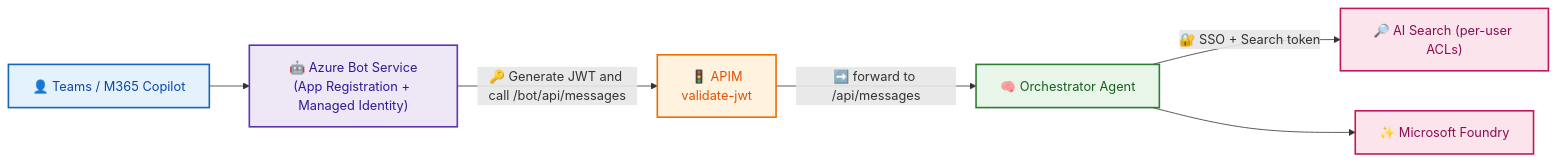
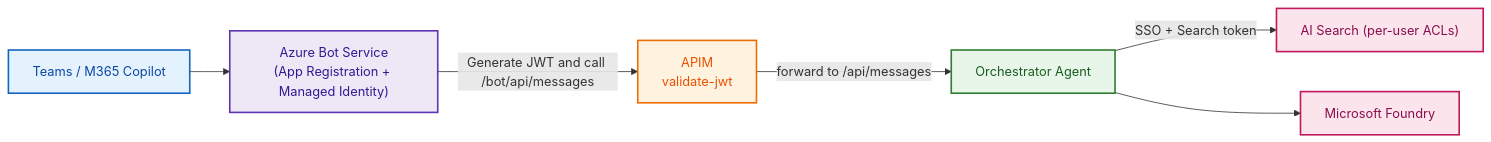
The first of 3 diagrams in README.md (Azure-Samples/bring-your-own-agent-to-m365-accelerator), drawn with Mermaid before and after one commit. The commit also changed other lines of this file, not shown here.

Commit message:
docs(readme): black borders on sequence diagram + separate Teams app id step

````diff
--- a/README.md
+++ b/README.md
@@ -11,20 +11,20 @@
 ```mermaid
 flowchart LR
-    User["👤 Teams / M365 Copilot"] --> Bot["🤖 Azure Bot Service<br/>(App Registration + Managed Identity)"]
-    Bot -->|"🔑 Generate JWT and call /bot/api/messages"| APIM["🚦 APIM<br/>validate-jwt"]
-    APIM -->|"➡️ forward to /api/messages"| App["🧠 Orchestrator Agent"]
-    App -->|"🔐 SSO + Search token"| Search["🔎 AI Search (per-user ACLs)"]
-    App --> Foundry["✨ Microsoft Foundry"]
+    User["Teams / M365 Copilot"] --> Bot["Azure Bot Service<br/>(App Registration + Managed Identity)"]
+    Bot -->|"Generate JWT and call /bot/api/messages"| APIM["APIM<br/>validate-jwt"]
+    APIM -->|"forward to /api/messages"| App["Orchestrator Agent"]
+    App -->|"SSO + Search token"| Search["AI Search (per-user ACLs)"]
+    App --> Foundry["Microsoft Foundry"]
 
     classDef client fill:#E3F2FD,stroke:#1565C0,stroke-width:2px,color:#0D47A1;
     classDef bot fill:#EDE7F6,stroke:#5E35B1,stroke-width:2px,color:#311B92;
     classDef gateway fill:#FFF3E0,stroke:#EF6C00,stroke-width:2px,color:#E65100;
     classDef app fill:#E8F5E9,stroke:#2E7D32,stroke-width:2px,color:#1B5E20;
     classDef ai fill:#FCE4EC,stroke:#C2185B,stroke-width:2px,color:#880E4F;
 
     class User client;
     class Bot bot;
     class APIM gateway;
     class App app;
     class Search,Foundry ai;
 ```
````
